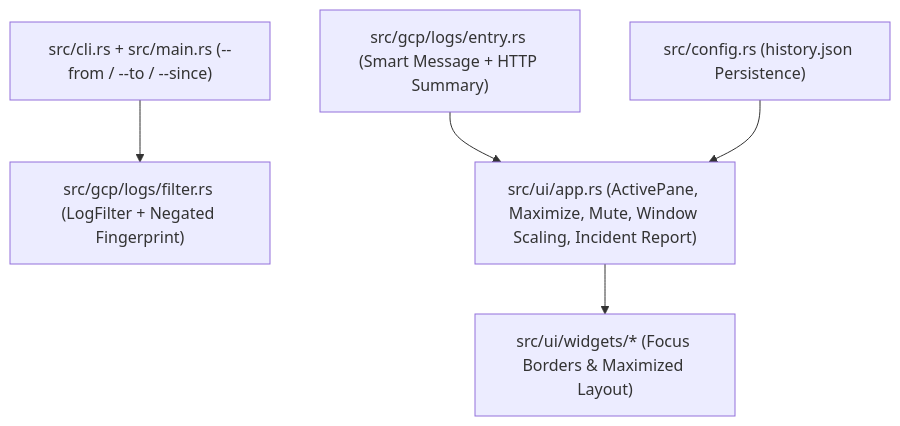
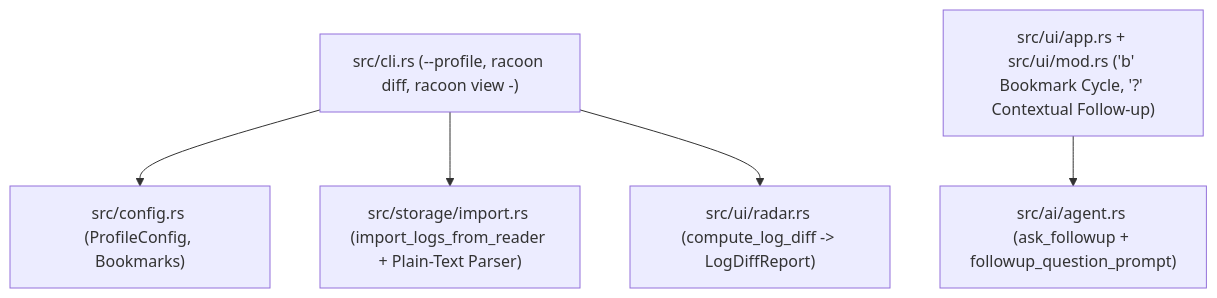
The diagram in .ai-context/tech-spec.md (Staninbui/racoon), drawn with Mermaid before and after one commit. The commit also changed other lines of this file and 17 other files, not shown here.

Commit message:
feat(phase2): add named profiles, filter bookmarks, contextual AI follow-up, stdin pipe, and release diff

````diff
--- a/.ai-context/tech-spec.md
+++ b/.ai-context/tech-spec.md
@@ -5,7 +5,7 @@
 ```mermaid
 flowchart TD
-    CLI["src/cli.rs + src/main.rs (--from / --to / --since)"] --> Filter["src/gcp/logs/filter.rs (LogFilter + Negated Fingerprint)"]
-    Entry["src/gcp/logs/entry.rs (Smart Message + HTTP Summary)"] --> TUI["src/ui/app.rs (ActivePane, Maximize, Mute, Window Scaling, Incident Report)"]
-    Config["src/config.rs (history.json Persistence)"] --> TUI
-    TUI --> Widgets["src/ui/widgets/* (Focus Borders & Maximized Layout)"]
+    CLI["src/cli.rs (--profile, racoon diff, racoon view -)"] --> Config["src/config.rs (ProfileConfig, Bookmarks)"]
+    CLI --> Import["src/storage/import.rs (import_logs_from_reader + Plain-Text Parser)"]
+    CLI --> Diff["src/ui/radar.rs (compute_log_diff -> LogDiffReport)"]
+    TUI["src/ui/app.rs + src/ui/mod.rs ('b' Bookmark Cycle, '?' Contextual Follow-up)"] --> AI["src/ai/agent.rs (ask_followup + followup_question_prompt)"]
 ```
````
